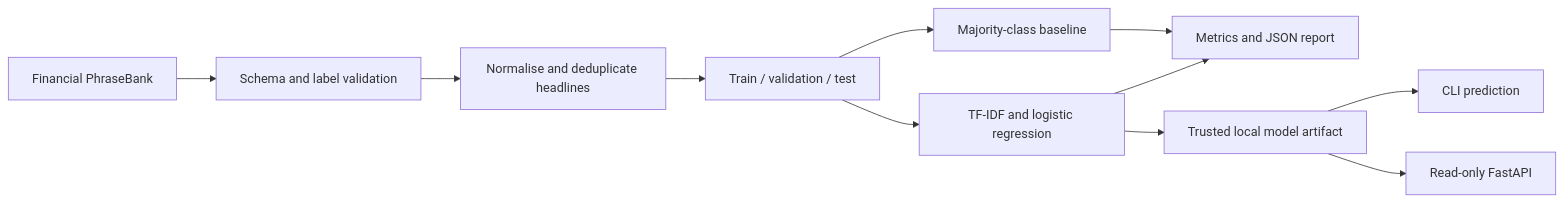
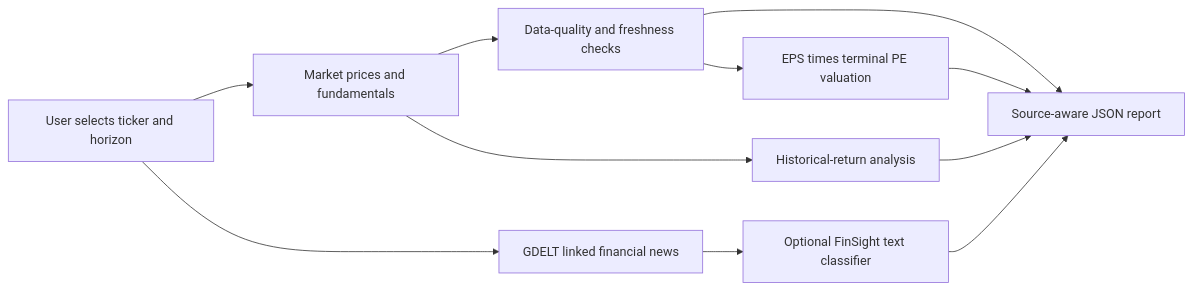
One commit to tbharaj/finsight-ml-platform changed the diagram in README.md. Above: the diagram before and after it, drawn with Mermaid. The commit also changed other lines of this file and 25 other files, not shown here.

Commit message:
feat: complete company intelligence on main with quickstart and valuation quality gates

````diff
--- a/README.md
+++ b/README.md
@@ -29,13 +90,13 @@
 ```mermaid
 flowchart LR
-  A[Financial PhraseBank] --> B[Schema and label validation]
-  B --> C[Normalise and deduplicate headlines]
-  C --> D[Train / validation / test]
-  D --> E[TF-IDF and logistic regression]
-  D --> F[Majority-class baseline]
-  E --> G[Metrics and JSON report]
-  F --> G
-  E --> H[Trusted local model artifact]
-  H --> I[CLI prediction]
-  H --> J[Read-only FastAPI]
+  U[User selects ticker and horizon] --> M[Market prices and fundamentals]
+  U --> N[GDELT linked financial news]
+  M --> Q[Data-quality and freshness checks]
+  Q --> V[EPS times terminal PE valuation]
+  M --> R[Historical-return analysis]
+  N --> S[Optional FinSight text classifier]
+  Q --> X[Source-aware JSON report]
+  V --> X
+  R --> X
+  S --> X
 ```
````
